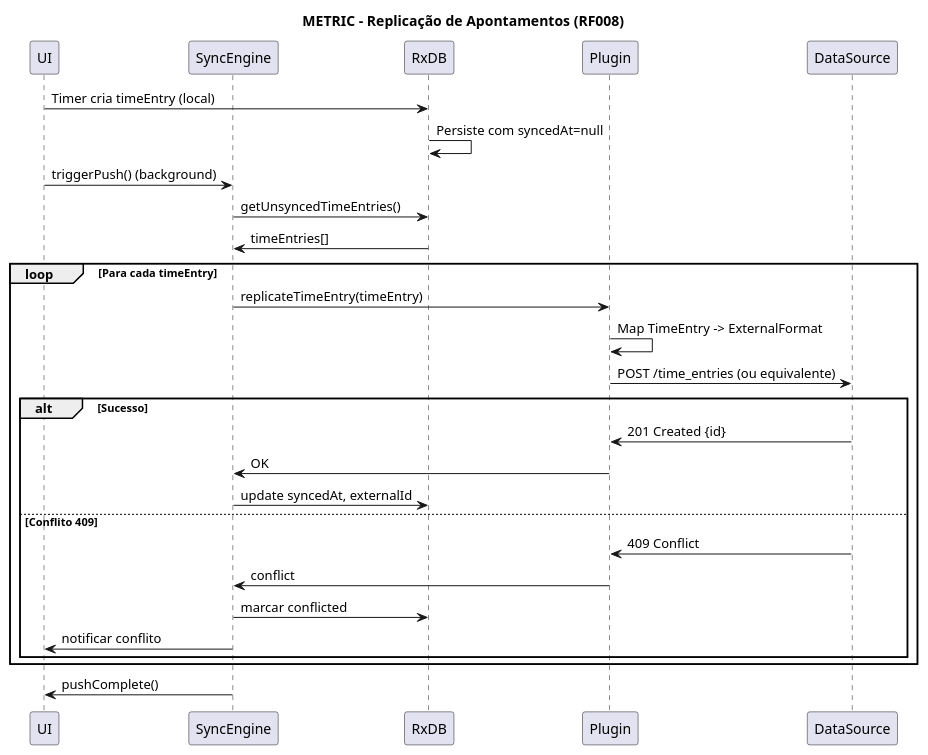
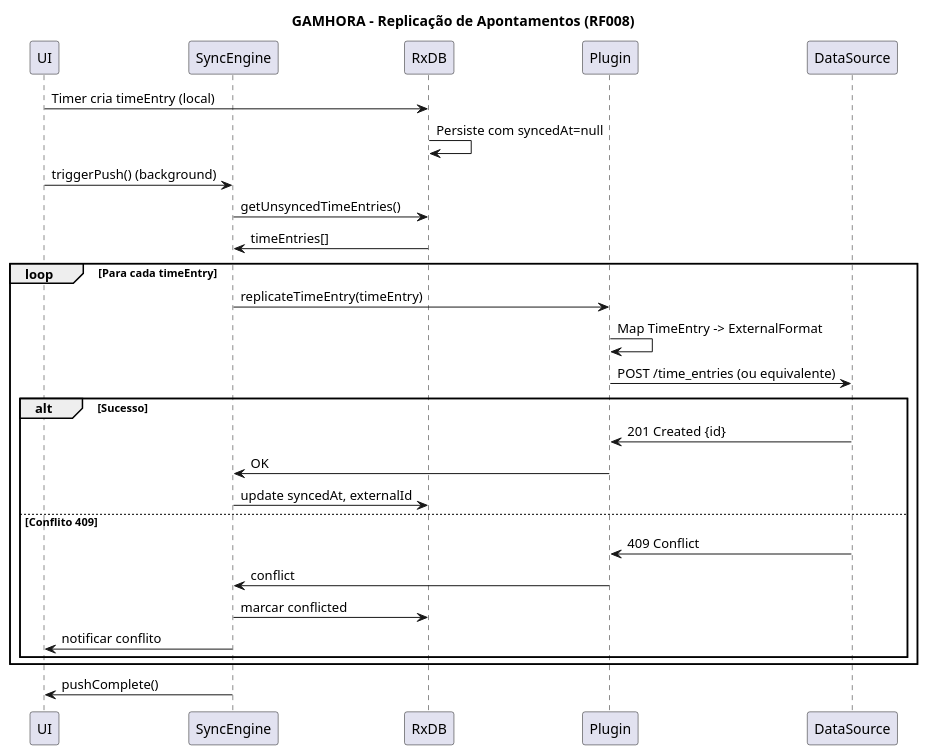
Before and after one commit to Gustavohps10/gamhora: the diagram in docs/srs/diagrams/puml/integration/diagram-integration-005-sync-replication.puml, drawn with PlantUML. The commit also changed 323 other files, not shown here.

Commit message:
feat(core): rebrand from Metric to Gamhora, setup typecheck pipeline and strict typings

```diff
--- a/docs/srs/diagrams/puml/integration/diagram-integration-005-sync-replication.puml
+++ b/docs/srs/diagrams/puml/integration/diagram-integration-005-sync-replication.puml
@@ -1,33 +1,33 @@
 @startuml IntegrationSyncReplication
-title METRIC - Replicação de Apontamentos (RF008)
+title GAMHORA - Replicação de Apontamentos (RF008)
 participant UI
 participant SyncEngine
 participant RxDB
 participant Plugin
 participant DataSource
 
 UI -> RxDB: Timer cria timeEntry (local)
 RxDB -> RxDB: Persiste com syncedAt=null
 
 UI -> SyncEngine: triggerPush() (background)
 SyncEngine -> RxDB: getUnsyncedTimeEntries()
 RxDB -> SyncEngine: timeEntries[]
 
 loop Para cada timeEntry
     SyncEngine -> Plugin: replicateTimeEntry(timeEntry)
     Plugin -> Plugin: Map TimeEntry -> ExternalFormat
     Plugin -> DataSource: POST /time_entries (ou equivalente)
     alt Sucesso
         DataSource -> Plugin: 201 Created {id}
         Plugin -> SyncEngine: OK
         SyncEngine -> RxDB: update syncedAt, externalId
     else Conflito 409
         DataSource -> Plugin: 409 Conflict
         Plugin -> SyncEngine: conflict
         SyncEngine -> RxDB: marcar conflicted
         SyncEngine -> UI: notificar conflito
     end
 end
 
 SyncEngine -> UI: pushComplete()
 @enduml
```
